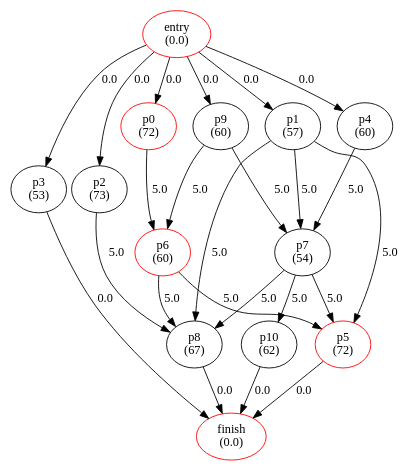
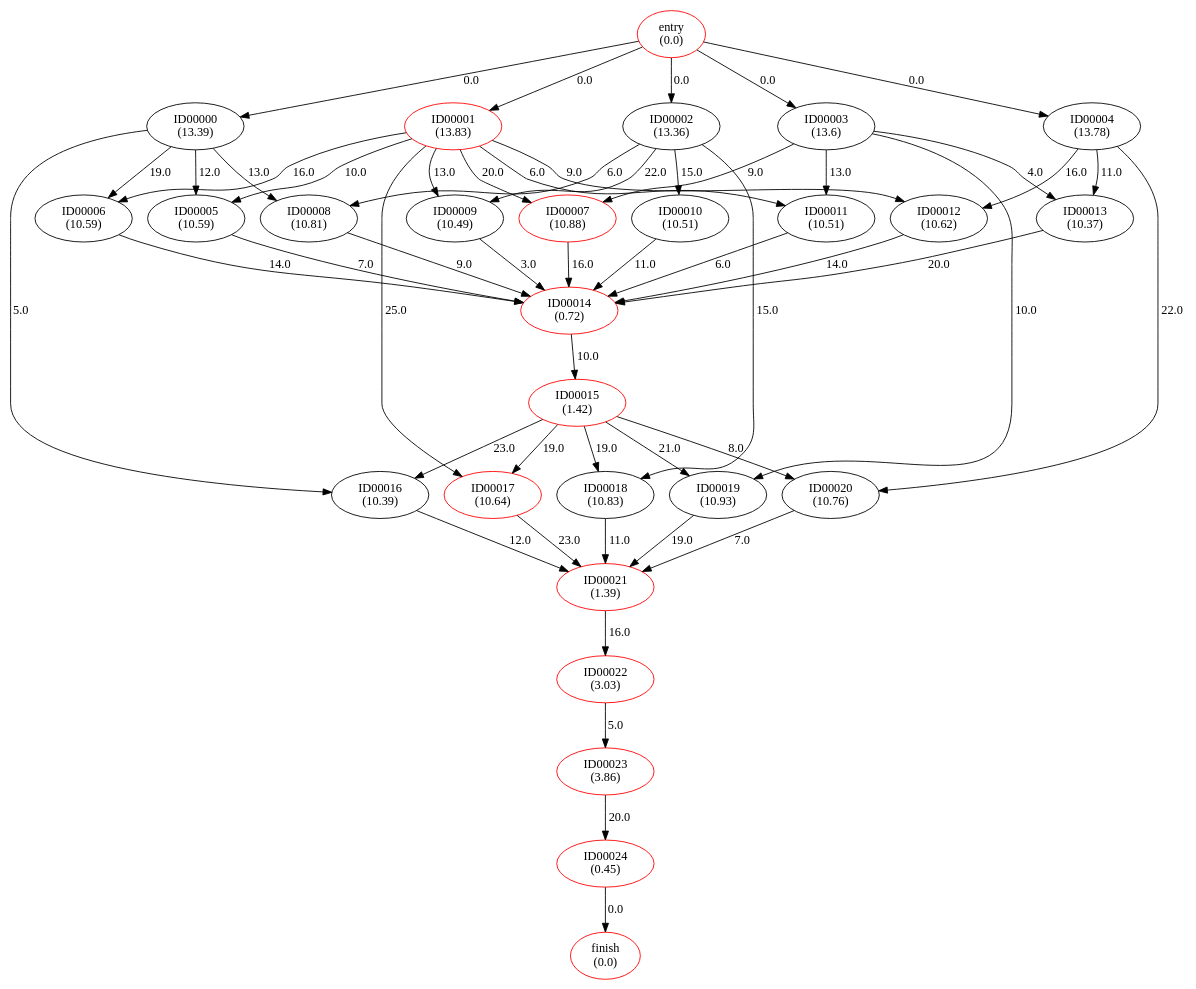
The diagram in Output/graph_picture.gv (Sorran973/Scheduling-in-Workflow-as-a-Service), drawn with Graphviz before and after one commit. The commit also changed 18 other files, not shown here.

```diff
--- a/Output/graph_picture.gv
+++ b/Output/graph_picture.gv
@@ -1,97 +1,209 @@
 digraph {
 	"entry
 (0.0)" [color=red]
-	"p0
-(72)" [color=red]
-	"p1
-(57)" [color=black]
-	"p2
-(73)" [color=black]
-	"p3
-(53)" [color=black]
-	"p4
-(60)" [color=black]
-	"p5
-(72)" [color=red]
-	"p6
-(60)" [color=red]
-	"p7
-(54)" [color=black]
-	"p8
-(67)" [color=black]
-	"p9
-(60)" [color=black]
-	"p10
-(62)" [color=black]
+	"ID00000
+(13.39)" [color=black]
+	"ID00001
+(13.83)" [color=red]
+	"ID00002
+(13.36)" [color=black]
+	"ID00003
+(13.6)" [color=black]
+	"ID00004
+(13.78)" [color=black]
+	"ID00005
+(10.59)" [color=black]
+	"ID00006
+(10.59)" [color=black]
+	"ID00007
+(10.88)" [color=red]
+	"ID00008
+(10.81)" [color=black]
+	"ID00009
+(10.49)" [color=black]
+	"ID00010
+(10.51)" [color=black]
+	"ID00011
+(10.51)" [color=black]
+	"ID00012
+(10.62)" [color=black]
+	"ID00013
+(10.37)" [color=black]
+	"ID00014
+(0.72)" [color=red]
+	"ID00015
+(1.42)" [color=red]
+	"ID00016
+(10.39)" [color=black]
+	"ID00017
+(10.64)" [color=red]
+	"ID00018
+(10.83)" [color=black]
+	"ID00019
+(10.93)" [color=black]
+	"ID00020
+(10.76)" [color=black]
+	"ID00021
+(1.39)" [color=red]
+	"ID00022
+(3.03)" [color=red]
+	"ID00023
+(3.86)" [color=red]
+	"ID00024
+(0.45)" [color=red]
 	"finish
 (0.0)" [color=red]
-	"p0
-(72)" -> "p6
-(60)" [label=5.0]
-	"p9
-(60)" -> "p6
-(60)" [label=5.0]
-	"p2
-(73)" -> "p8
-(67)" [label=5.0]
-	"p1
-(57)" -> "p8
-(67)" [label=5.0]
-	"p6
-(60)" -> "p8
-(67)" [label=5.0]
-	"p7
-(54)" -> "p8
-(67)" [label=5.0]
-	"p6
-(60)" -> "p5
-(72)" [label=5.0]
-	"p1
-(57)" -> "p5
-(72)" [label=5.0]
-	"p7
-(54)" -> "p5
-(72)" [label=5.0]
-	"p1
-(57)" -> "p7
-(54)" [label=5.0]
-	"p9
-(60)" -> "p7
-(54)" [label=5.0]
-	"p4
-(60)" -> "p7
-(54)" [label=5.0]
-	"p7
-(54)" -> "p10
-(62)" [label=5.0]
+	"ID00001
+(13.83)" -> "ID00005
+(10.59)" [label=10.0]
+	"ID00000
+(13.39)" -> "ID00005
+(10.59)" [label=12.0]
+	"ID00001
+(13.83)" -> "ID00006
+(10.59)" [label=16.0]
+	"ID00000
+(13.39)" -> "ID00006
+(10.59)" [label=19.0]
+	"ID00001
+(13.83)" -> "ID00007
+(10.88)" [label=20.0]
+	"ID00003
+(13.6)" -> "ID00007
+(10.88)" [label=9.0]
+	"ID00002
+(13.36)" -> "ID00008
+(10.81)" [label=6.0]
+	"ID00000
+(13.39)" -> "ID00008
+(10.81)" [label=13.0]
+	"ID00002
+(13.36)" -> "ID00009
+(10.49)" [label=22.0]
+	"ID00001
+(13.83)" -> "ID00009
+(10.49)" [label=13.0]
+	"ID00002
+(13.36)" -> "ID00010
+(10.51)" [label=15.0]
+	"ID00001
+(13.83)" -> "ID00011
+(10.51)" [label=6.0]
+	"ID00003
+(13.6)" -> "ID00011
+(10.51)" [label=13.0]
+	"ID00001
+(13.83)" -> "ID00012
+(10.62)" [label=9.0]
+	"ID00004
+(13.78)" -> "ID00012
+(10.62)" [label=16.0]
+	"ID00004
+(13.78)" -> "ID00013
+(10.37)" [label=11.0]
+	"ID00003
+(13.6)" -> "ID00013
+(10.37)" [label=4.0]
+	"ID00012
+(10.62)" -> "ID00014
+(0.72)" [label=14.0]
+	"ID00013
+(10.37)" -> "ID00014
+(0.72)" [label=20.0]
+	"ID00010
+(10.51)" -> "ID00014
+(0.72)" [label=11.0]
+	"ID00011
+(10.51)" -> "ID00014
+(0.72)" [label=6.0]
+	"ID00006
+(10.59)" -> "ID00014
+(0.72)" [label=14.0]
+	"ID00005
+(10.59)" -> "ID00014
+(0.72)" [label=7.0]
+	"ID00009
+(10.49)" -> "ID00014
+(0.72)" [label=3.0]
+	"ID00008
+(10.81)" -> "ID00014
+(0.72)" [label=9.0]
+	"ID00007
+(10.88)" -> "ID00014
+(0.72)" [label=16.0]
+	"ID00014
+(0.72)" -> "ID00015
+(1.42)" [label=10.0]
+	"ID00000
+(13.39)" -> "ID00016
+(10.39)" [label=5.0]
+	"ID00015
+(1.42)" -> "ID00016
+(10.39)" [label=23.0]
+	"ID00001
+(13.83)" -> "ID00017
+(10.64)" [label=25.0]
+	"ID00015
+(1.42)" -> "ID00017
+(10.64)" [label=19.0]
+	"ID00002
+(13.36)" -> "ID00018
+(10.83)" [label=15.0]
+	"ID00015
+(1.42)" -> "ID00018
+(10.83)" [label=19.0]
+	"ID00003
+(13.6)" -> "ID00019
+(10.93)" [label=10.0]
+	"ID00015
+(1.42)" -> "ID00019
+(10.93)" [label=21.0]
+	"ID00004
+(13.78)" -> "ID00020
+(10.76)" [label=22.0]
+	"ID00015
+(1.42)" -> "ID00020
+(10.76)" [label=8.0]
+	"ID00020
+(10.76)" -> "ID00021
+(1.39)" [label=7.0]
+	"ID00016
+(10.39)" -> "ID00021
+(1.39)" [label=12.0]
+	"ID00017
+(10.64)" -> "ID00021
+(1.39)" [label=23.0]
+	"ID00018
+(10.83)" -> "ID00021
+(1.39)" [label=11.0]
+	"ID00019
+(10.93)" -> "ID00021
+(1.39)" [label=19.0]
+	"ID00021
+(1.39)" -> "ID00022
+(3.03)" [label=16.0]
+	"ID00022
+(3.03)" -> "ID00023
+(3.86)" [label=5.0]
+	"ID00023
+(3.86)" -> "ID00024
+(0.45)" [label=20.0]
 	"entry
-(0.0)" -> "p0
-(72)" [label=0.0]
+(0.0)" -> "ID00000
+(13.39)" [label=0.0]
 	"entry
-(0.0)" -> "p1
-(57)" [label=0.0]
+(0.0)" -> "ID00001
+(13.83)" [label=0.0]
 	"entry
-(0.0)" -> "p2
-(73)" [label=0.0]
+(0.0)" -> "ID00002
+(13.36)" [label=0.0]
 	"entry
-(0.0)" -> "p3
-(53)" [label=0.0]
+(0.0)" -> "ID00003
+(13.6)" [label=0.0]
 	"entry
-(0.0)" -> "p4
-(60)" [label=0.0]
-	"entry
-(0.0)" -> "p9
-(60)" [label=0.0]
-	"p3
-(53)" -> "finish
-(0.0)" [label=0.0]
-	"p5
-(72)" -> "finish
-(0.0)" [label=0.0]
-	"p8
-(67)" -> "finish
-(0.0)" [label=0.0]
-	"p10
-(62)" -> "finish
+(0.0)" -> "ID00004
+(13.78)" [label=0.0]
+	"ID00024
+(0.45)" -> "finish
 (0.0)" [label=0.0]
 }
```
